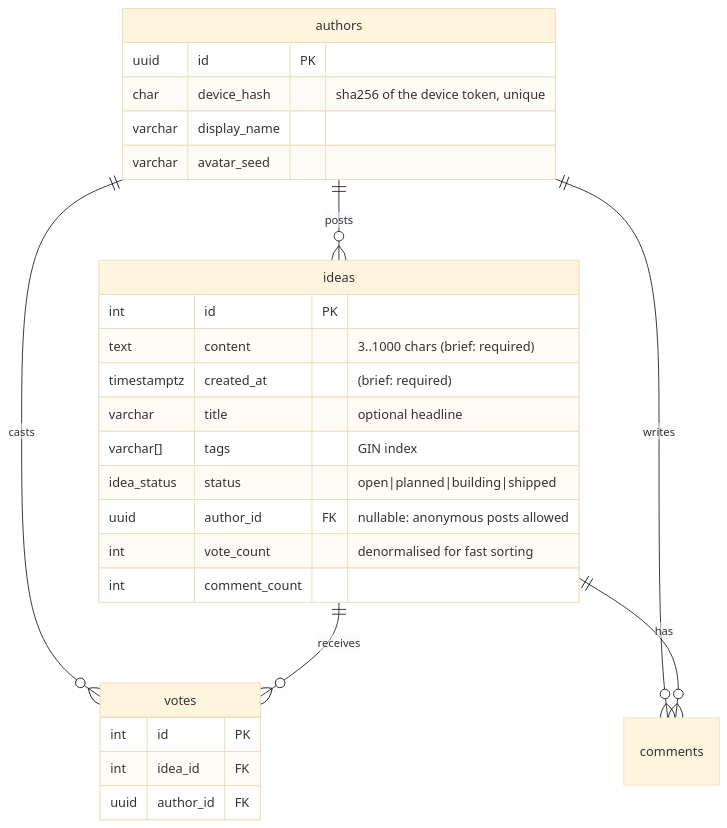
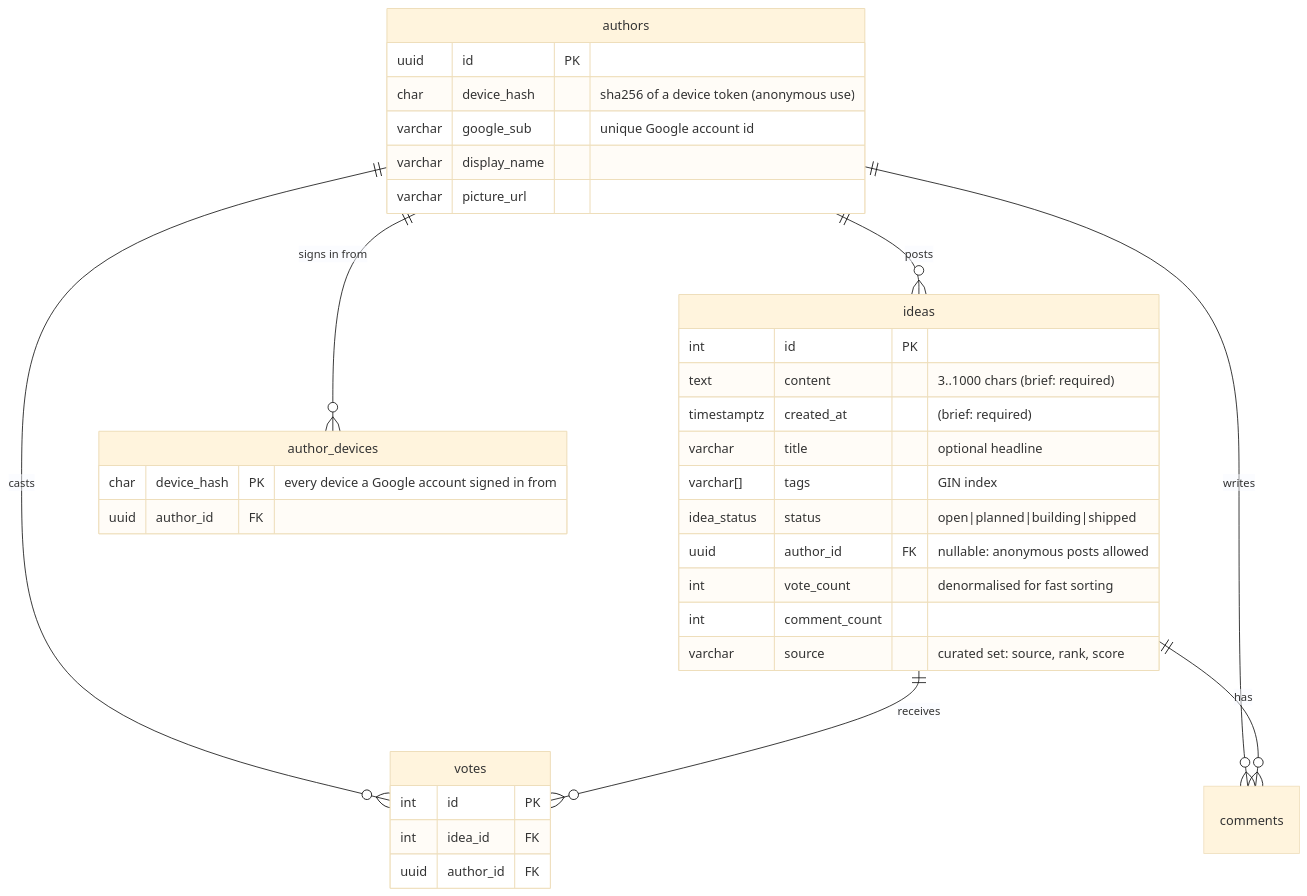
Before and after one commit to manojkumargogula/sparkboard: the third of 4 diagrams in docs/architecture.md, drawn with Mermaid (base theme). The commit also changed other lines of this file and 44 other files, not shown here.

````diff
--- a/docs/architecture.md
+++ b/docs/architecture.md
@@ -40,31 +65,38 @@
 ```mermaid
 erDiagram
   authors ||--o{ ideas : posts
   authors ||--o{ votes : casts
   authors ||--o{ comments : writes
+  authors ||--o{ author_devices : "signs in from"
   ideas ||--o{ votes : receives
   ideas ||--o{ comments : has
 
   ideas {
     int id PK
     text content "3..1000 chars (brief: required)"
     timestamptz created_at "(brief: required)"
     varchar title "optional headline"
     varchar[] tags "GIN index"
     idea_status status "open|planned|building|shipped"
     uuid author_id FK "nullable: anonymous posts allowed"
     int vote_count "denormalised for fast sorting"
     int comment_count
+    varchar source "curated set: source, rank, score"
   }
   votes {
     int id PK
     int idea_id FK
     uuid author_id FK
   }
   authors {
     uuid id PK
-    char device_hash "sha256 of the device token, unique"
+    char device_hash "sha256 of a device token (anonymous use)"
+    varchar google_sub "unique Google account id"
     varchar display_name
-    varchar avatar_seed
+    varchar picture_url
+  }
+  author_devices {
+    char device_hash PK "every device a Google account signed in from"
+    uuid author_id FK
   }
 ```
````
